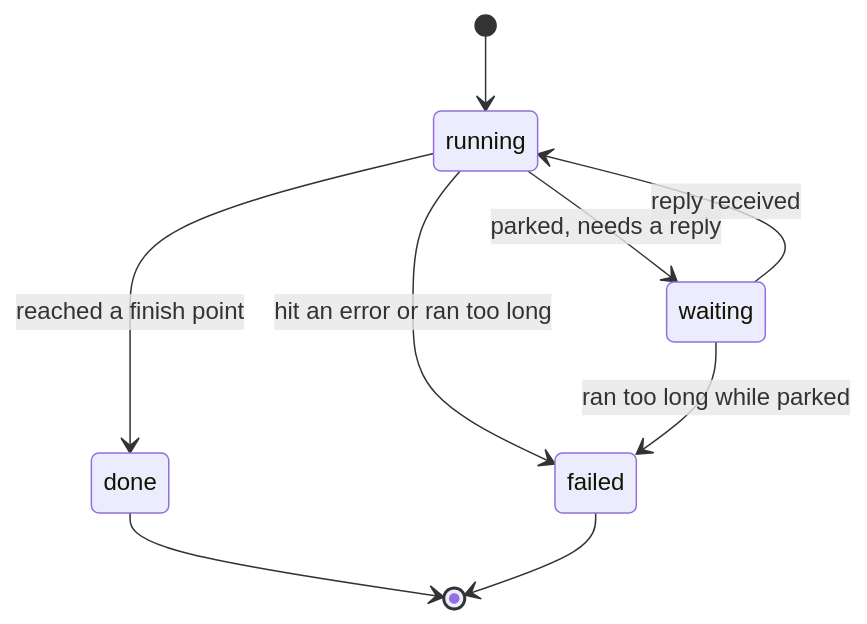
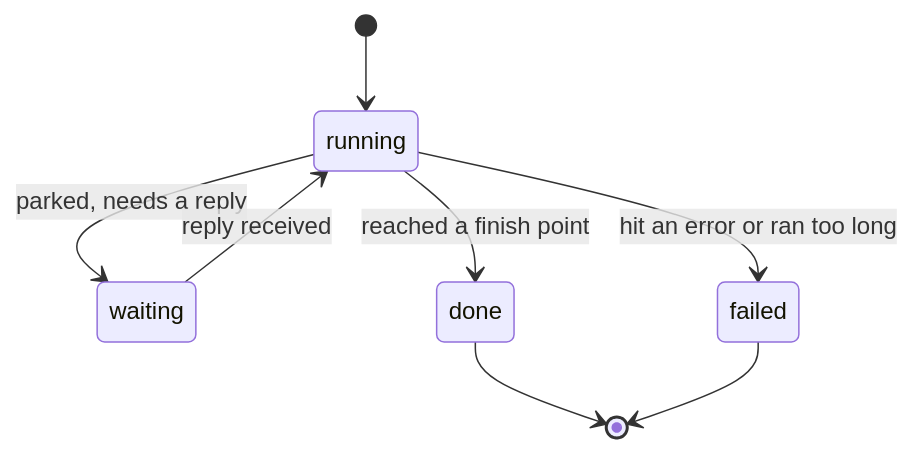
The second of 4 diagrams in falkor-chat/docs/manuals/workflows.md (mauriciobs666/graphmind-ai-lab), drawn with Mermaid before and after one commit. The commit also changed other lines of this file, not shown here.

````diff
--- a/falkor-chat/docs/manuals/workflows.md
+++ b/falkor-chat/docs/manuals/workflows.md
@@ -37,11 +37,10 @@
 ```mermaid
 stateDiagram-v2
     [*] --> running
     running --> waiting: parked, needs a reply
     waiting --> running: reply received
     running --> done: reached a finish point
     running --> failed: hit an error or ran too long
-    waiting --> failed: ran too long while parked
     done --> [*]
     failed --> [*]
 ```
````
